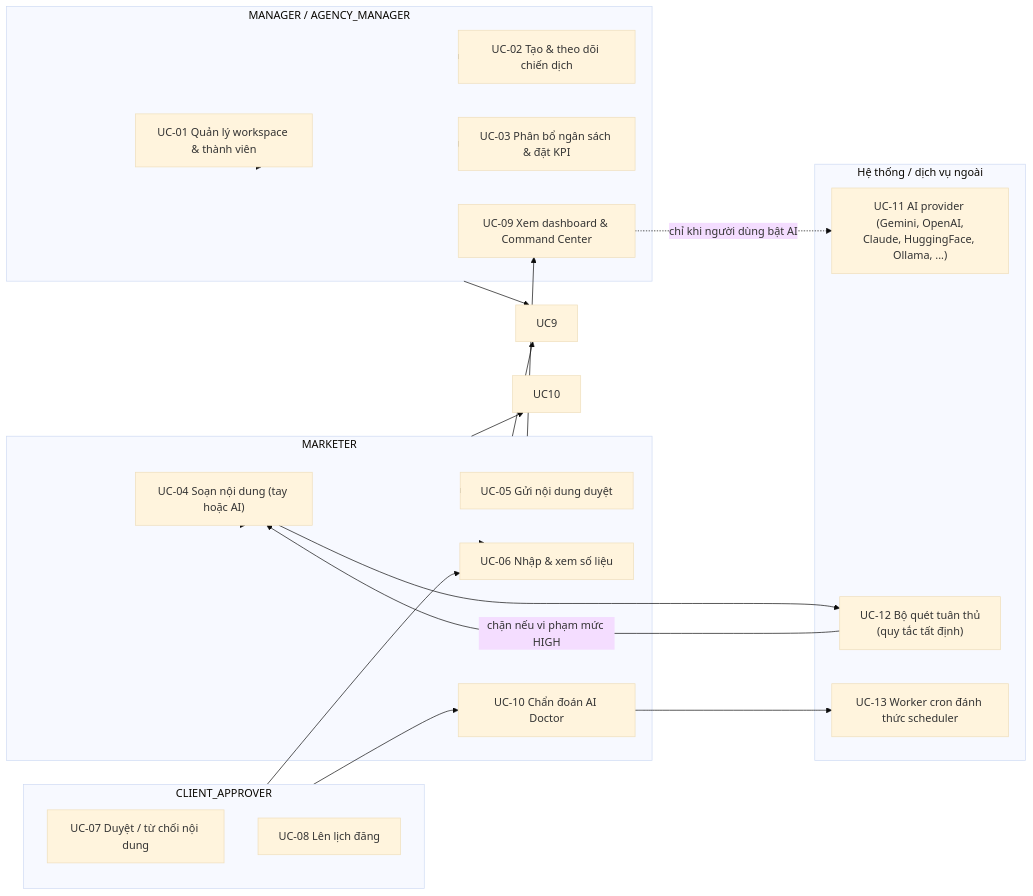
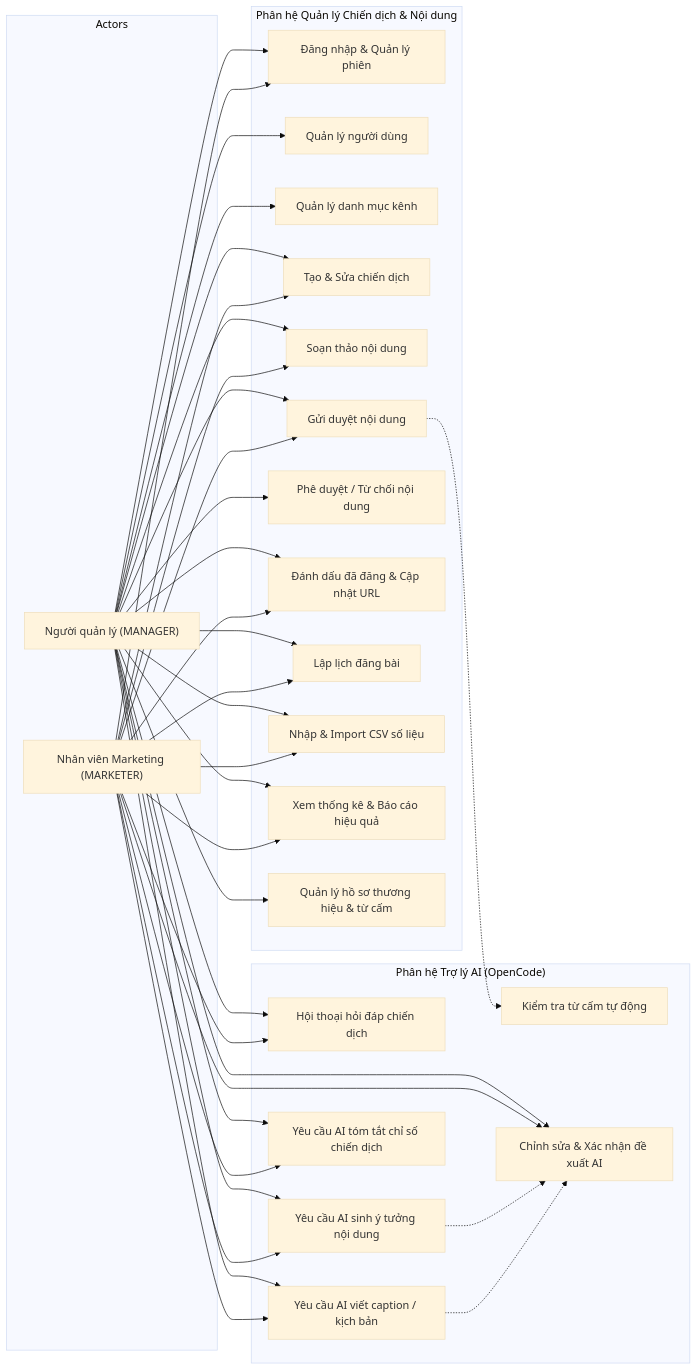
Before and after one commit to hieu-kiien/he-thong-quan-ly-chien-dich-marketing-co-tich-hop-ai: the first of 4 diagrams in docs/REQUIREMENTS_AND_DESIGN.md, drawn with Mermaid (base theme). The commit also changed other lines of this file and 37 other files, not shown here.

````diff
--- a/docs/REQUIREMENTS_AND_DESIGN.md
+++ b/docs/REQUIREMENTS_AND_DESIGN.md
@@ -118,35 +130,67 @@
 ```mermaid
-graph LR
-    subgraph Actor1["MANAGER / AGENCY_MANAGER"]
-        UC1["UC-01 Quản lý workspace & thành viên"]
-        UC2["UC-02 Tạo & theo dõi chiến dịch"]
-        UC3["UC-03 Phân bổ ngân sách & đặt KPI"]
-        UC4["UC-09 Xem dashboard & Command Center"]
+flowchart LR
+    subgraph Actors
+        Manager["Người quản lý (MANAGER)"]
+        Marketer["Nhân viên Marketing (MARKETER)"]
     end
 
-    subgraph Actor2["MARKETER"]
-        UC5["UC-04 Soạn nội dung (tay hoặc AI)"]
-        UC6["UC-05 Gửi nội dung duyệt"]
-        UC7["UC-06 Nhập & xem số liệu"]
-        UC8["UC-10 Chẩn đoán AI Doctor"]
+    subgraph QuanLyChienDich["Phân hệ Quản lý Chiến dịch & Nội dung"]
+        UC01["Đăng nhập & Quản lý phiên"]
+        UC02["Quản lý người dùng"]
+        UC03["Quản lý danh mục kênh"]
+        UC04["Tạo & Sửa chiến dịch"]
+        UC05["Soạn thảo nội dung"]
+        UC06["Gửi duyệt nội dung"]
+        UC07["Phê duyệt / Từ chối nội dung"]
+        UC08["Đánh dấu đã đăng & Cập nhật URL"]
+        UC09["Lập lịch đăng bài"]
+        UC10["Nhập & Import CSV số liệu"]
+        UC11["Xem thống kê & Báo cáo hiệu quả"]
+        UC12["Quản lý hồ sơ thương hiệu & từ cấm"]
     end
 
-    subgraph Actor3["CLIENT_APPROVER"]
-        UC11["UC-07 Duyệt / từ chối nội dung"]
-        UC12["UC-08 Lên lịch đăng"]
+    subgraph PhanHeAI["Phân hệ Trợ lý AI (OpenCode)"]
+        UC13["Hội thoại hỏi đáp chiến dịch"]
+        UC14["Yêu cầu AI sinh ý tưởng nội dung"]
+        UC15["Yêu cầu AI viết caption / kịch bản"]
+        UC16["Yêu cầu AI tóm tắt chỉ số chiến dịch"]
+        UC17["Kiểm tra từ cấm tự động"]
+        UC18["Chỉnh sửa & Xác nhận đề xuất AI"]
     end
 
-    subgraph System["Hệ thống / dịch vụ ngoài"]
-        UC13["UC-11 AI provider (Gemini, OpenAI,\nClaude, HuggingFace, Ollama, ...)"]
-        UC14["UC-12 Bộ quét tuân thủ\n(quy tắc tất định)"]
-        UC15["UC-13 Worker cron đánh thức scheduler"]
-    end
+    Manager --> UC01
+    Manager --> UC02
+    Manager --> UC03
+    Manager --> UC04
+    Manager --> UC05
+    Manager --> UC06
+    Manager --> UC07
+    Manager --> UC08
+    Manager --> UC09
+    Manager --> UC10
+    Manager --> UC11
+    Manager --> UC12
+    Manager --> UC13
+    Manager --> UC14
+    Manager --> UC15
+    Manager --> UC16
+    Manager --> UC18
 
-    Actor1 --> UC1 & UC2 & UC3 & UC9
-    Actor2 --> UC4 & UC5 & UC6 & UC7 & UC9 & UC10
-    Actor3 --> UC7 & UC8
-    UC4 -.->|"chỉ khi người dùng bật AI"| UC13
-    UC5 --> UC14
-    UC14 -->|"chặn nếu vi phạm mức HIGH"| UC5
-    UC8 --> UC15
+    Marketer --> UC01
+    Marketer --> UC04
+    Marketer --> UC05
+    Marketer --> UC06
+    Marketer --> UC08
+    Marketer --> UC09
+    Marketer --> UC10
+    Marketer --> UC11
+    Marketer --> UC13
+    Marketer --> UC14
+    Marketer --> UC15
+    Marketer --> UC16
+    Marketer --> UC18
+
+    UC06 -.-> UC17
+    UC14 -.-> UC18
+    UC15 -.-> UC18
 ```
````
